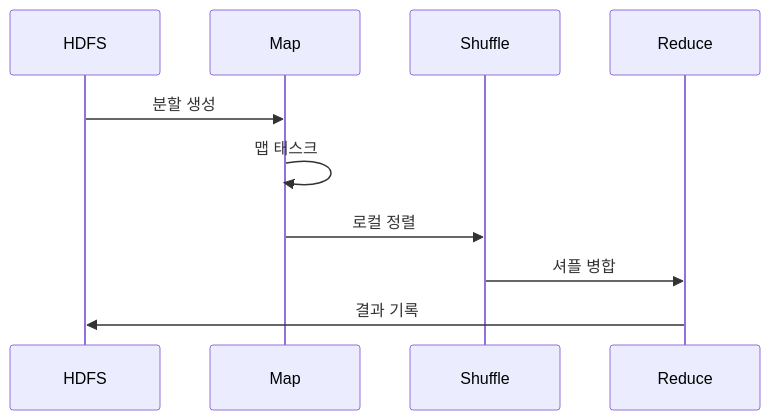
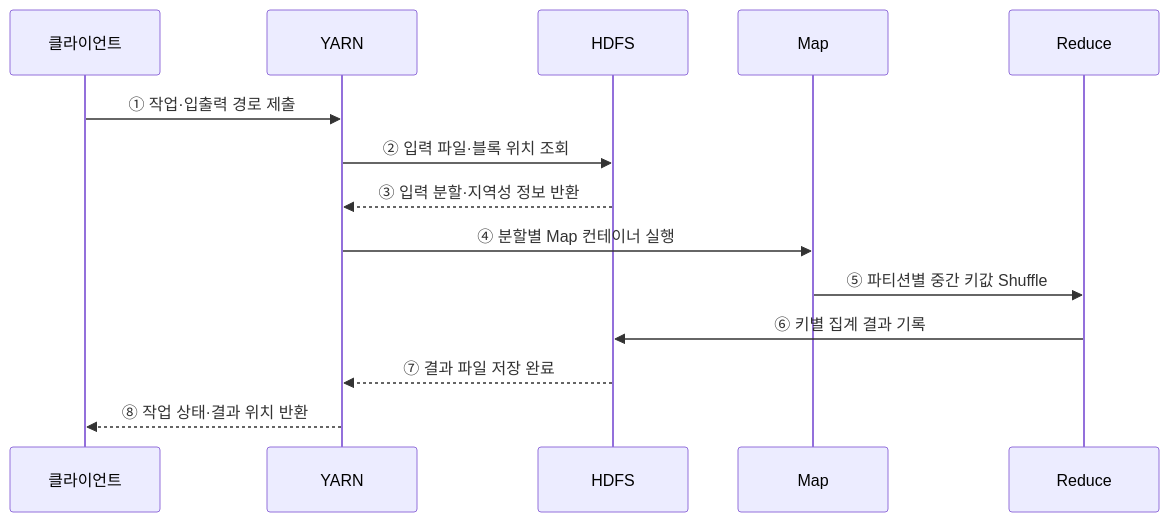
The second of 2 diagrams in src/content/docs/notes/03-software/116_hadoop_mapreduce.md (agnusdei1207/knowledge-base), drawn with Mermaid before and after one commit. The commit also changed other lines of this file and 20 other files, not shown here.

````diff
--- a/src/content/docs/notes/03-software/116_hadoop_mapreduce.md
+++ b/src/content/docs/notes/03-software/116_hadoop_mapreduce.md
@@ -88,12 +78,16 @@
 ```mermaid
 sequenceDiagram
+    participant C as 클라이언트
+    participant Y as YARN
     participant H as HDFS
     participant M as Map
-    participant S as Shuffle
     participant R as Reduce
-    H->>M: 분할 생성
-    M->>M: 맵 태스크
-    M->>S: 로컬 정렬
-    S->>R: 셔플 병합
-    R->>H: 결과 기록
+    C->>Y: ① 작업·입출력 경로 제출
+    Y->>H: ② 입력 파일·블록 위치 조회
+    H-->>Y: ③ 입력 분할·지역성 정보 반환
+    Y->>M: ④ 분할별 Map 컨테이너 실행
+    M->>R: ⑤ 파티션별 중간 키값 Shuffle
+    R->>H: ⑥ 키별 집계 결과 기록
+    H-->>Y: ⑦ 결과 파일 저장 완료
+    Y-->>C: ⑧ 작업 상태·결과 위치 반환
 ```
````
